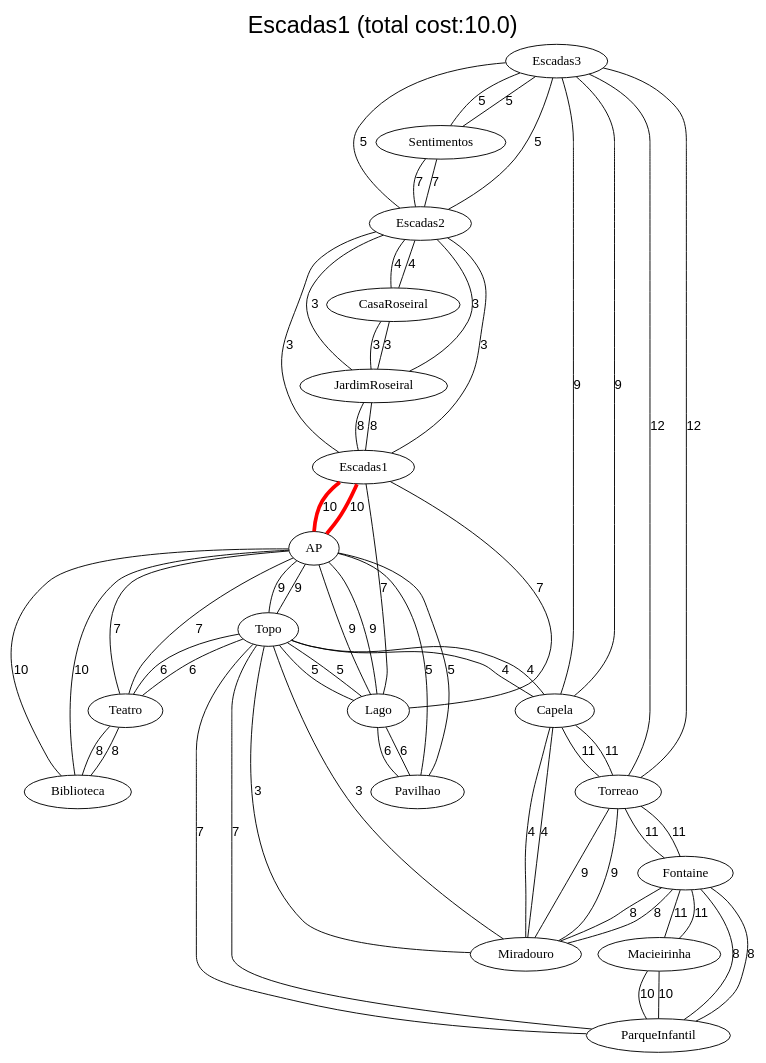
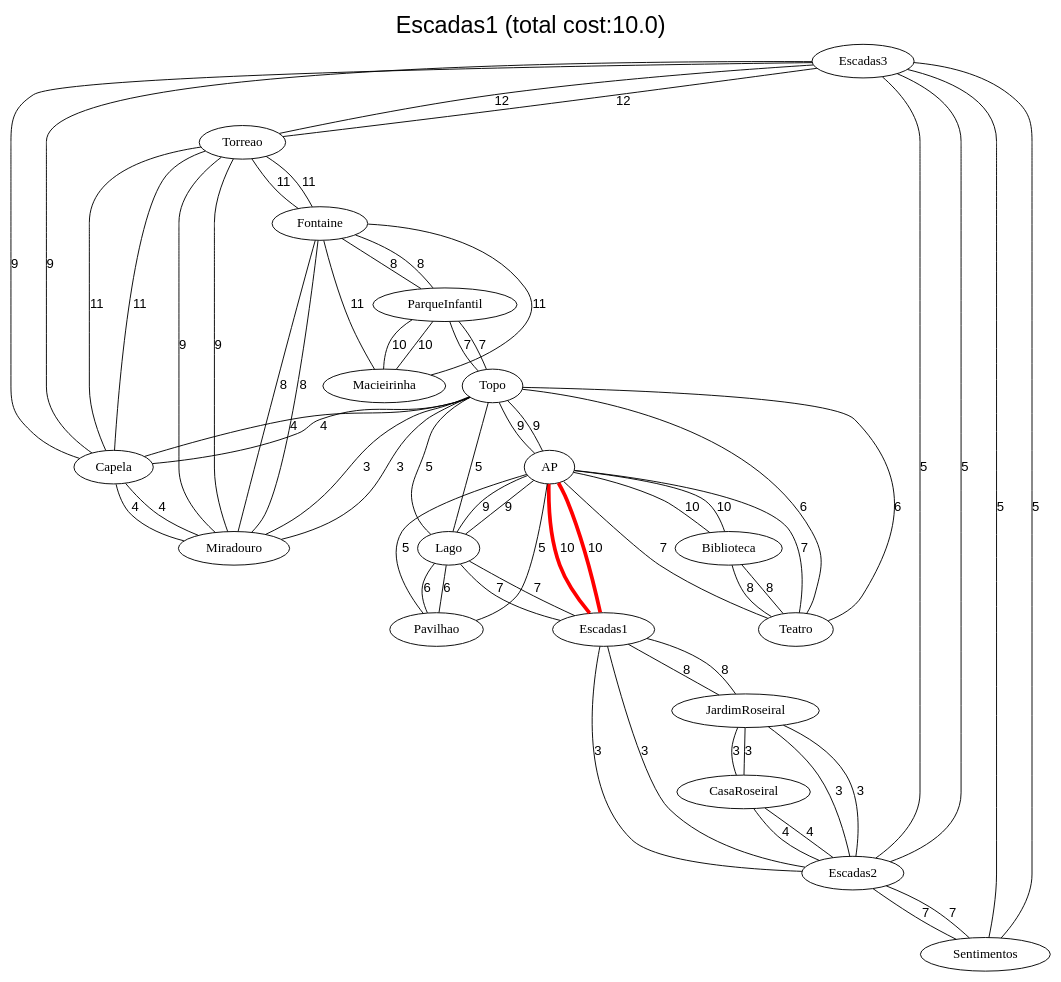
One commit to Departamento-de-Engenharia-Informatica/lei-24-s2-1dl-g121 changed the diagram in output/SprintC/us17_graphs/graph.dot. Above: the diagram before and after it, drawn with Graphviz. The commit also changed other lines of this file and 1 other file, not shown here.

```diff
--- a/output/SprintC/us17_graphs/graph.dot
+++ b/output/SprintC/us17_graphs/graph.dot
@@ -1,73 +1,73 @@
 graph {
 fontname="Arial";
 splines="true";
 sep="0.5";
 labelloc="t";
 label="Escadas1 (total cost:10.0)";
 fontsize=25;
 fontweight=bold;
-    "Escadas3" -- "Sentimentos" [label="5", color="black", len=2, penwidth=1.0, fontname="Arial"];
+    "Escadas3" -- "Torreao" [label="12", color="black", len=2, penwidth=1.0, fontname="Arial"];
+    "Capela" -- "Torreao" [label="11", color="black", len=2, penwidth=1.0, fontname="Arial"];
+    "Miradouro" -- "Fontaine" [label="8", color="black", len=2, penwidth=1.0, fontname="Arial"];
+    "Escadas3" -- "Capela" [label="9", color="black", len=2, penwidth=1.0, fontname="Arial"];
+    "AP" -- "Lago" [label="9", color="black", len=2, penwidth=1.0, fontname="Arial"];
+    "Torreao" -- "Escadas3" [label="12", color="black", len=2, penwidth=1.0, fontname="Arial"];
+    "CasaRoseiral" -- "Escadas2" [label="4", color="black", len=2, penwidth=1.0, fontname="Arial"];
+    "JardimRoseiral" -- "Escadas2" [label="3", color="black", len=2, penwidth=1.0, fontname="Arial"];
+    "Torreao" -- "Fontaine" [label="11", color="black", len=2, penwidth=1.0, fontname="Arial"];
+    "Biblioteca" -- "AP" [label="10", color="black", len=2, penwidth=1.0, fontname="Arial"];
+    "Fontaine" -- "Miradouro" [label="8", color="black", len=2, penwidth=1.0, fontname="Arial"];
+    "AP" -- "Escadas1" [label="10", color="red", len=2, penwidth=4.0, fontname="Arial"];
+    "Lago" -- "Pavilhao" [label="6", color="black", len=2, penwidth=1.0, fontname="Arial"];
+    "Escadas2" -- "JardimRoseiral" [label="3", color="black", len=2, penwidth=1.0, fontname="Arial"];
+    "Topo" -- "Miradouro" [label="3", color="black", len=2, penwidth=1.0, fontname="Arial"];
+    "Capela" -- "Topo" [label="4", color="black", len=2, penwidth=1.0, fontname="Arial"];
+    "Lago" -- "AP" [label="9", color="black", len=2, penwidth=1.0, fontname="Arial"];
+    "Topo" -- "AP" [label="9", color="black", len=2, penwidth=1.0, fontname="Arial"];
+    "Miradouro" -- "Capela" [label="4", color="black", len=2, penwidth=1.0, fontname="Arial"];
+    "Escadas1" -- "JardimRoseiral" [label="8", color="black", len=2, penwidth=1.0, fontname="Arial"];
+    "Macieirinha" -- "Fontaine" [label="11", color="black", len=2, penwidth=1.0, fontname="Arial"];
     "Capela" -- "Escadas3" [label="9", color="black", len=2, penwidth=1.0, fontname="Arial"];
-    "Miradouro" -- "Capela" [label="4", color="black", len=2, penwidth=1.0, fontname="Arial"];
-    "Escadas3" -- "Torreao" [label="12", color="black", len=2, penwidth=1.0, fontname="Arial"];
-    "AP" -- "Escadas1" [label="10", color="red", len=2, penwidth=4.0, fontname="Arial"];
-    "Lago" -- "AP" [label="9", color="black", len=2, penwidth=1.0, fontname="Arial"];
+    "ParqueInfantil" -- "Topo" [label="7", color="black", len=2, penwidth=1.0, fontname="Arial"];
+    "Teatro" -- "Biblioteca" [label="8", color="black", len=2, penwidth=1.0, fontname="Arial"];
+    "Topo" -- "ParqueInfantil" [label="7", color="black", len=2, penwidth=1.0, fontname="Arial"];
+    "Escadas3" -- "Escadas2" [label="5", color="black", len=2, penwidth=1.0, fontname="Arial"];
+    "Lago" -- "Escadas1" [label="7", color="black", len=2, penwidth=1.0, fontname="Arial"];
+    "Capela" -- "Miradouro" [label="4", color="black", len=2, penwidth=1.0, fontname="Arial"];
+    "Escadas1" -- "AP" [label="10", color="red", len=2, penwidth=4.0, fontname="Arial"];
+    "Fontaine" -- "ParqueInfantil" [label="8", color="black", len=2, penwidth=1.0, fontname="Arial"];
+    "AP" -- "Teatro" [label="7", color="black", len=2, penwidth=1.0, fontname="Arial"];
+    "Topo" -- "Lago" [label="5", color="black", len=2, penwidth=1.0, fontname="Arial"];
     "JardimRoseiral" -- "CasaRoseiral" [label="3", color="black", len=2, penwidth=1.0, fontname="Arial"];
-    "JardimRoseiral" -- "Escadas1" [label="8", color="black", len=2, penwidth=1.0, fontname="Arial"];
-    "Torreao" -- "Miradouro" [label="9", color="black", len=2, penwidth=1.0, fontname="Arial"];
-    "Teatro" -- "Biblioteca" [label="8", color="black", len=2, penwidth=1.0, fontname="Arial"];
-    "Fontaine" -- "Torreao" [label="11", color="black", len=2, penwidth=1.0, fontname="Arial"];
+    "Teatro" -- "Topo" [label="6", color="black", len=2, penwidth=1.0, fontname="Arial"];
+    "Sentimentos" -- "Escadas2" [label="7", color="black", len=2, penwidth=1.0, fontname="Arial"];
+    "AP" -- "Topo" [label="9", color="black", len=2, penwidth=1.0, fontname="Arial"];
+    "AP" -- "Biblioteca" [label="10", color="black", len=2, penwidth=1.0, fontname="Arial"];
+    "CasaRoseiral" -- "JardimRoseiral" [label="3", color="black", len=2, penwidth=1.0, fontname="Arial"];
+    "Sentimentos" -- "Escadas3" [label="5", color="black", len=2, penwidth=1.0, fontname="Arial"];
+    "Miradouro" -- "Torreao" [label="9", color="black", len=2, penwidth=1.0, fontname="Arial"];
     "Pavilhao" -- "AP" [label="5", color="black", len=2, penwidth=1.0, fontname="Arial"];
     "Lago" -- "Topo" [label="5", color="black", len=2, penwidth=1.0, fontname="Arial"];
     "Escadas2" -- "Escadas1" [label="3", color="black", len=2, penwidth=1.0, fontname="Arial"];
+    "JardimRoseiral" -- "Escadas1" [label="8", color="black", len=2, penwidth=1.0, fontname="Arial"];
+    "Teatro" -- "AP" [label="7", color="black", len=2, penwidth=1.0, fontname="Arial"];
+    "ParqueInfantil" -- "Macieirinha" [label="10", color="black", len=2, penwidth=1.0, fontname="Arial"];
+    "Fontaine" -- "Macieirinha" [label="11", color="black", len=2, penwidth=1.0, fontname="Arial"];
+    "Torreao" -- "Capela" [label="11", color="black", len=2, penwidth=1.0, fontname="Arial"];
+    "Miradouro" -- "Topo" [label="3", color="black", len=2, penwidth=1.0, fontname="Arial"];
+    "Escadas2" -- "Sentimentos" [label="7", color="black", len=2, penwidth=1.0, fontname="Arial"];
+    "Escadas2" -- "CasaRoseiral" [label="4", color="black", len=2, penwidth=1.0, fontname="Arial"];
+    "Torreao" -- "Miradouro" [label="9", color="black", len=2, penwidth=1.0, fontname="Arial"];
+    "Escadas3" -- "Sentimentos" [label="5", color="black", len=2, penwidth=1.0, fontname="Arial"];
     "Topo" -- "Capela" [label="4", color="black", len=2, penwidth=1.0, fontname="Arial"];
-    "Capela" -- "Miradouro" [label="4", color="black", len=2, penwidth=1.0, fontname="Arial"];
-    "Lago" -- "Pavilhao" [label="6", color="black", len=2, penwidth=1.0, fontname="Arial"];
-    "Topo" -- "ParqueInfantil" [label="7", color="black", len=2, penwidth=1.0, fontname="Arial"];
-    "Miradouro" -- "Torreao" [label="9", color="black", len=2, penwidth=1.0, fontname="Arial"];
+    "ParqueInfantil" -- "Fontaine" [label="8", color="black", len=2, penwidth=1.0, fontname="Arial"];
+    "Escadas2" -- "Escadas3" [label="5", color="black", len=2, penwidth=1.0, fontname="Arial"];
+    "Fontaine" -- "Torreao" [label="11", color="black", len=2, penwidth=1.0, fontname="Arial"];
+    "Pavilhao" -- "Lago" [label="6", color="black", len=2, penwidth=1.0, fontname="Arial"];
+    "Topo" -- "Teatro" [label="6", color="black", len=2, penwidth=1.0, fontname="Arial"];
+    "Macieirinha" -- "ParqueInfantil" [label="10", color="black", len=2, penwidth=1.0, fontname="Arial"];
+    "AP" -- "Pavilhao" [label="5", color="black", len=2, penwidth=1.0, fontname="Arial"];
+    "Escadas1" -- "Lago" [label="7", color="black", len=2, penwidth=1.0, fontname="Arial"];
+    "Biblioteca" -- "Teatro" [label="8", color="black", len=2, penwidth=1.0, fontname="Arial"];
     "Escadas1" -- "Escadas2" [label="3", color="black", len=2, penwidth=1.0, fontname="Arial"];
-    "Fontaine" -- "ParqueInfantil" [label="8", color="black", len=2, penwidth=1.0, fontname="Arial"];
-    "Torreao" -- "Fontaine" [label="11", color="black", len=2, penwidth=1.0, fontname="Arial"];
-    "ParqueInfantil" -- "Macieirinha" [label="10", color="black", len=2, penwidth=1.0, fontname="Arial"];
-    "Teatro" -- "AP" [label="7", color="black", len=2, penwidth=1.0, fontname="Arial"];
-    "Topo" -- "Miradouro" [label="3", color="black", len=2, penwidth=1.0, fontname="Arial"];
-    "Sentimentos" -- "Escadas3" [label="5", color="black", len=2, penwidth=1.0, fontname="Arial"];
-    "Escadas3" -- "Capela" [label="9", color="black", len=2, penwidth=1.0, fontname="Arial"];
-    "Capela" -- "Torreao" [label="11", color="black", len=2, penwidth=1.0, fontname="Arial"];
-    "Escadas1" -- "Lago" [label="7", color="black", len=2, penwidth=1.0, fontname="Arial"];
-    "Fontaine" -- "Macieirinha" [label="11", color="black", len=2, penwidth=1.0, fontname="Arial"];
-    "AP" -- "Pavilhao" [label="5", color="black", len=2, penwidth=1.0, fontname="Arial"];
-    "ParqueInfantil" -- "Topo" [label="7", color="black", len=2, penwidth=1.0, fontname="Arial"];
-    "JardimRoseiral" -- "Escadas2" [label="3", color="black", len=2, penwidth=1.0, fontname="Arial"];
-    "Biblioteca" -- "Teatro" [label="8", color="black", len=2, penwidth=1.0, fontname="Arial"];
-    "AP" -- "Biblioteca" [label="10", color="black", len=2, penwidth=1.0, fontname="Arial"];
-    "CasaRoseiral" -- "JardimRoseiral" [label="3", color="black", len=2, penwidth=1.0, fontname="Arial"];
-    "AP" -- "Lago" [label="9", color="black", len=2, penwidth=1.0, fontname="Arial"];
-    "AP" -- "Teatro" [label="7", color="black", len=2, penwidth=1.0, fontname="Arial"];
-    "CasaRoseiral" -- "Escadas2" [label="4", color="black", len=2, penwidth=1.0, fontname="Arial"];
-    "Sentimentos" -- "Escadas2" [label="7", color="black", len=2, penwidth=1.0, fontname="Arial"];
-    "Capela" -- "Topo" [label="4", color="black", len=2, penwidth=1.0, fontname="Arial"];
-    "Pavilhao" -- "Lago" [label="6", color="black", len=2, penwidth=1.0, fontname="Arial"];
-    "Lago" -- "Escadas1" [label="7", color="black", len=2, penwidth=1.0, fontname="Arial"];
-    "Escadas1" -- "AP" [label="10", color="red", len=2, penwidth=4.0, fontname="Arial"];
-    "Escadas2" -- "Escadas3" [label="5", color="black", len=2, penwidth=1.0, fontname="Arial"];
-    "Teatro" -- "Topo" [label="6", color="black", len=2, penwidth=1.0, fontname="Arial"];
-    "ParqueInfantil" -- "Fontaine" [label="8", color="black", len=2, penwidth=1.0, fontname="Arial"];
-    "Fontaine" -- "Miradouro" [label="8", color="black", len=2, penwidth=1.0, fontname="Arial"];
-    "Torreao" -- "Escadas3" [label="12", color="black", len=2, penwidth=1.0, fontname="Arial"];
-    "Miradouro" -- "Fontaine" [label="8", color="black", len=2, penwidth=1.0, fontname="Arial"];
-    "Escadas2" -- "CasaRoseiral" [label="4", color="black", len=2, penwidth=1.0, fontname="Arial"];
-    "Escadas2" -- "JardimRoseiral" [label="3", color="black", len=2, penwidth=1.0, fontname="Arial"];
-    "Torreao" -- "Capela" [label="11", color="black", len=2, penwidth=1.0, fontname="Arial"];
-    "Escadas3" -- "Escadas2" [label="5", color="black", len=2, penwidth=1.0, fontname="Arial"];
-    "Topo" -- "Lago" [label="5", color="black", len=2, penwidth=1.0, fontname="Arial"];
-    "Macieirinha" -- "ParqueInfantil" [label="10", color="black", len=2, penwidth=1.0, fontname="Arial"];
-    "Escadas2" -- "Sentimentos" [label="7", color="black", len=2, penwidth=1.0, fontname="Arial"];
-    "Miradouro" -- "Topo" [label="3", color="black", len=2, penwidth=1.0, fontname="Arial"];
-    "Topo" -- "Teatro" [label="6", color="black", len=2, penwidth=1.0, fontname="Arial"];
-    "Topo" -- "AP" [label="9", color="black", len=2, penwidth=1.0, fontname="Arial"];
-    "Macieirinha" -- "Fontaine" [label="11", color="black", len=2, penwidth=1.0, fontname="Arial"];
-    "AP" -- "Topo" [label="9", color="black", len=2, penwidth=1.0, fontname="Arial"];
-    "Escadas1" -- "JardimRoseiral" [label="8", color="black", len=2, penwidth=1.0, fontname="Arial"];
-    "Biblioteca" -- "AP" [label="10", color="black", len=2, penwidth=1.0, fontname="Arial"];
 }
```
